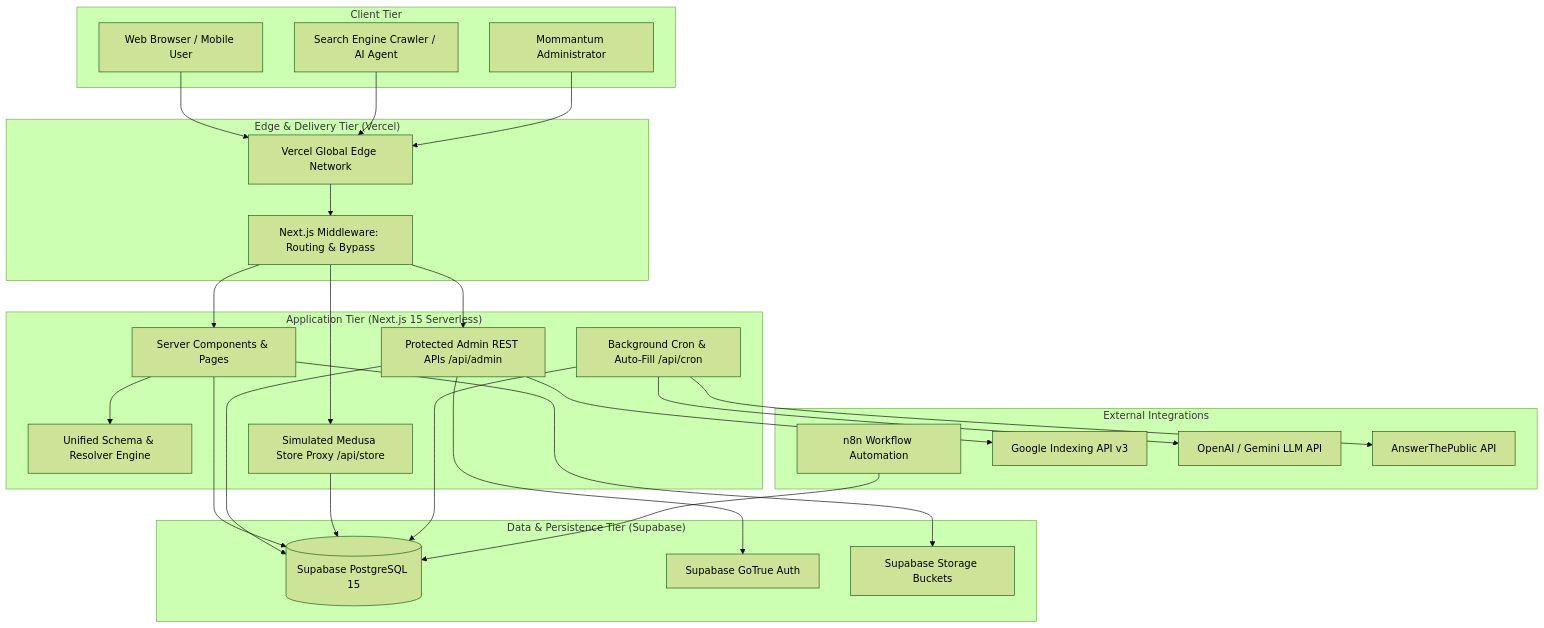
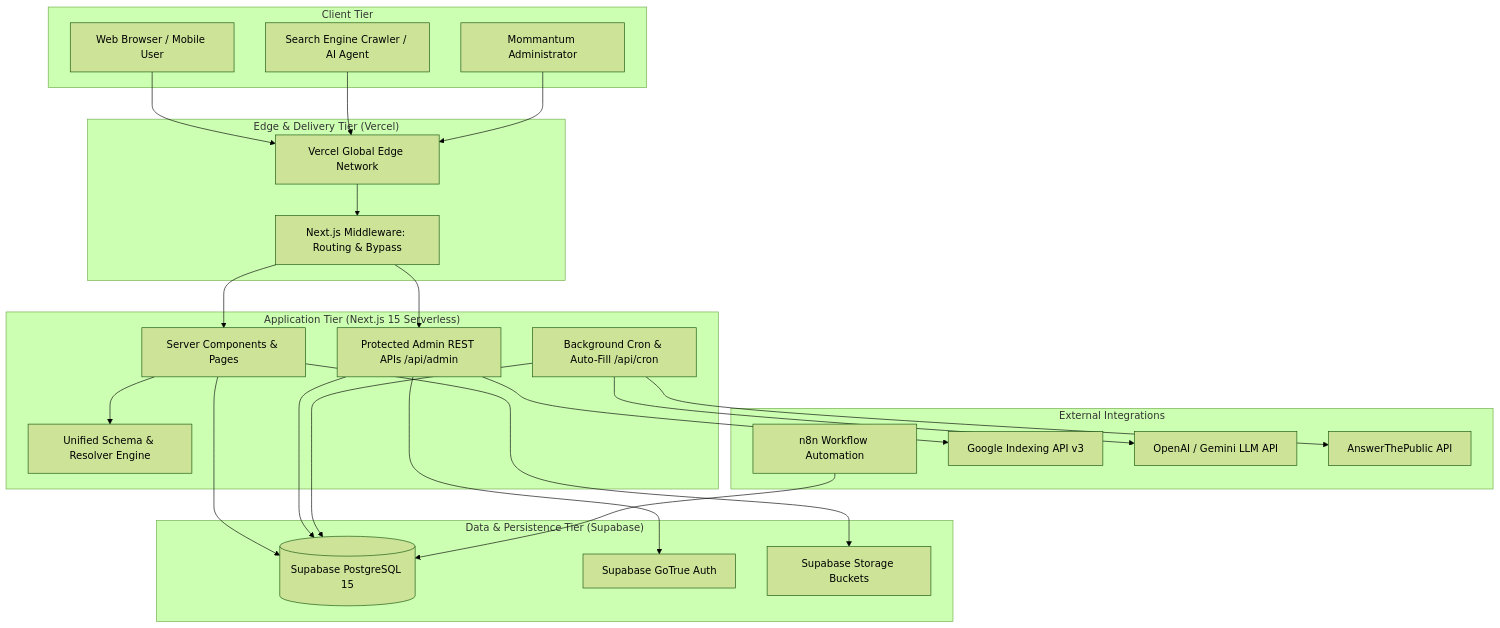
Before and after one commit to sanjayelectroglobal/mommantum: the first of 3 diagrams in SDS_SYSTEM_DESIGN.md, drawn with Mermaid (forest theme). The commit also changed other lines of this file and 5 other files, not shown here.

Commit message:
docs: update architecture, SDS, and developer guides for store removal

````diff
--- a/SDS_SYSTEM_DESIGN.md
+++ b/SDS_SYSTEM_DESIGN.md
@@ -21,53 +22,50 @@
 ```mermaid
 graph TB
     subgraph Clients["Client Tier"]
         Browser[Web Browser / Mobile User]
         Bot[Search Engine Crawler / AI Agent]
         AdminUser[Mommantum Administrator]
     end
 
     subgraph CDN["Edge & Delivery Tier (Vercel)"]
         EdgeRouter[Vercel Global Edge Network]
         Middleware[Next.js Middleware: Routing & Bypass]
     end
 
     subgraph AppServer["Application Tier (Next.js 15 Serverless)"]
         SSR[Server Components & Pages]
         SchemaEngine[Unified Schema & Resolver Engine]
-        StoreProxy[Simulated Medusa Store Proxy /api/store]
         AdminAPI[Protected Admin REST APIs /api/admin]
         CronEngine[Background Cron & Auto-Fill /api/cron]
     end
 
     subgraph DataTier["Data & Persistence Tier (Supabase)"]
         Postgres[(Supabase PostgreSQL 15)]
         AuthService[Supabase GoTrue Auth]
         StorageBucket[Supabase Storage Buckets]
     end
 
     subgraph External["External Integrations"]
         N8N[n8n Workflow Automation]
         GoogleAPI[Google Indexing API v3]
         OpenAI[OpenAI / Gemini LLM API]
         AnswerPublic[AnswerThePublic API]
     end
 
     Browser --> EdgeRouter
     Bot --> EdgeRouter
     AdminUser --> EdgeRouter
     EdgeRouter --> Middleware
     Middleware --> SSR
     Middleware --> AdminAPI
-    Middleware --> StoreProxy
     SSR --> SchemaEngine
     SSR --> Postgres
     AdminAPI --> Postgres
-    StoreProxy --> Postgres
     AdminAPI --> AuthService
     CronEngine --> OpenAI
     CronEngine --> AnswerPublic
     CronEngine --> Postgres
     N8N --> Postgres
     AdminAPI --> GoogleAPI
     SSR --> StorageBucket
 ```
````
